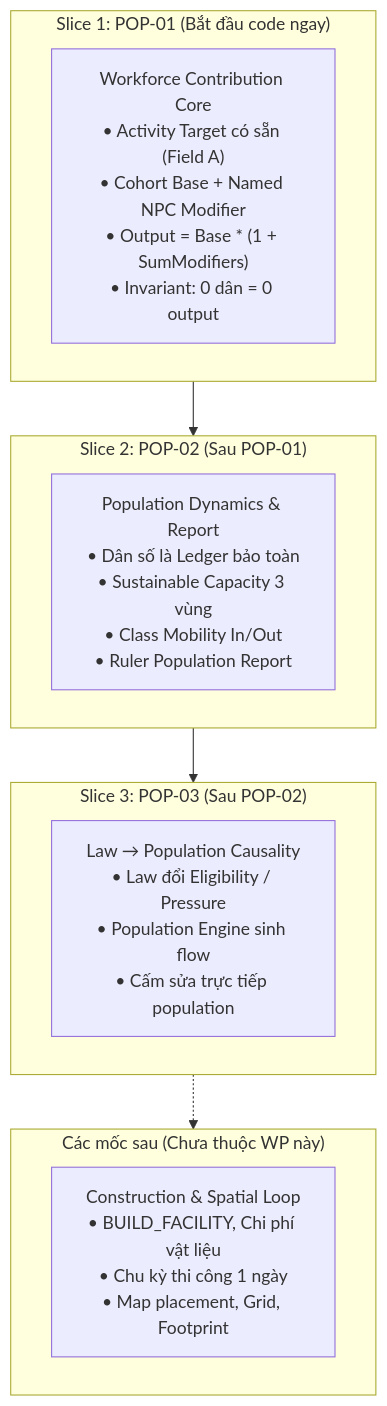
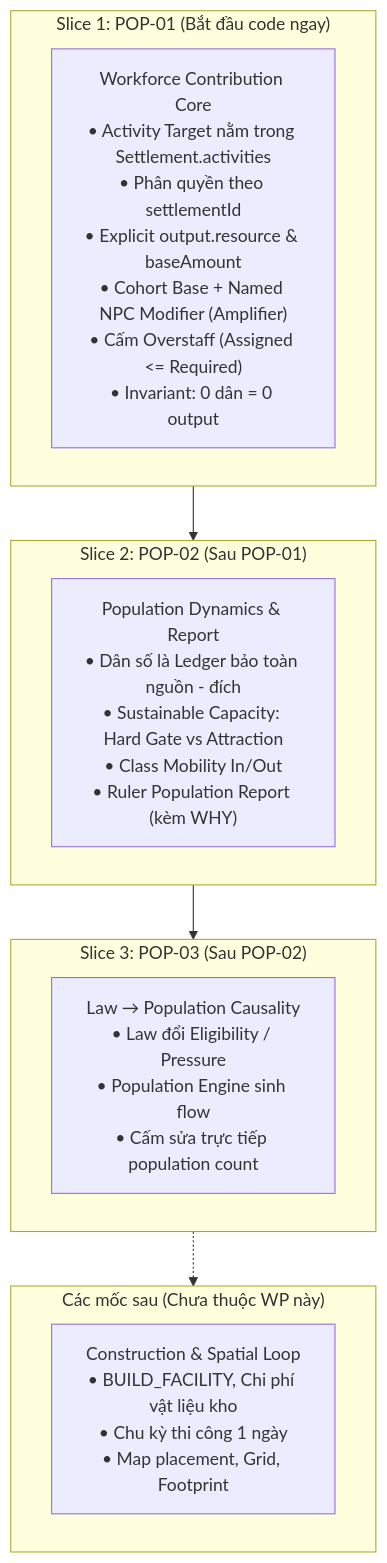
Before and after one commit to tanntran2000/Build-Settlement: the diagram in docs/work_packages/WP-HAVEN-02_Unified_v1.0.md, drawn with Mermaid. The commit also changed other lines of this file, not shown here.

Commit message:
docs(wp): lock POP-01 technical contracts v1.2 (authority, explicit output, anti-overstaff, exact paths)

````diff
--- a/docs/work_packages/WP-HAVEN-02_Unified_v1.0.md
+++ b/docs/work_packages/WP-HAVEN-02_Unified_v1.0.md
@@ -58,20 +58,20 @@
 ```mermaid
 flowchart TD
     subgraph Slice1 ["Slice 1: POP-01 (Bắt đầu code ngay)"]
-        P1["Workforce Contribution Core<br>• Activity Target có sẵn (Field A)<br>• Cohort Base + Named NPC Modifier<br>• Output = Base * (1 + SumModifiers)<br>• Invariant: 0 dân = 0 output"]
+        P1["Workforce Contribution Core<br>• Activity Target nằm trong Settlement.activities<br>• Phân quyền theo settlementId<br>• Explicit output.resource & baseAmount<br>• Cohort Base + Named NPC Modifier (Amplifier)<br>• Cấm Overstaff (Assigned <= Required)<br>• Invariant: 0 dân = 0 output"]
     end
 
     subgraph Slice2 ["Slice 2: POP-02 (Sau POP-01)"]
-        P2["Population Dynamics & Report<br>• Dân số là Ledger bảo toàn<br>• Sustainable Capacity 3 vùng<br>• Class Mobility In/Out<br>• Ruler Population Report"]
+        P2["Population Dynamics & Report<br>• Dân số là Ledger bảo toàn nguồn - đích<br>• Sustainable Capacity: Hard Gate vs Attraction<br>• Class Mobility In/Out<br>• Ruler Population Report (kèm WHY)"]
     end
 
     subgraph Slice3 ["Slice 3: POP-03 (Sau POP-02)"]
-        P3["Law → Population Causality<br>• Law đổi Eligibility / Pressure<br>• Population Engine sinh flow<br>• Cấm sửa trực tiếp population"]
+        P3["Law → Population Causality<br>• Law đổi Eligibility / Pressure<br>• Population Engine sinh flow<br>• Cấm sửa trực tiếp population count"]
     end
 
     subgraph Later ["Các mốc sau (Chưa thuộc WP này)"]
-        Spatial["Construction & Spatial Loop<br>• BUILD_FACILITY, Chi phí vật liệu<br>• Chu kỳ thi công 1 ngày<br>• Map placement, Grid, Footprint"]
+        Spatial["Construction & Spatial Loop<br>• BUILD_FACILITY, Chi phí vật liệu kho<br>• Chu kỳ thi công 1 ngày<br>• Map placement, Grid, Footprint"]
     end
 
     Slice1 --> Slice2 --> Slice3 -.-> Later
 ```
````
